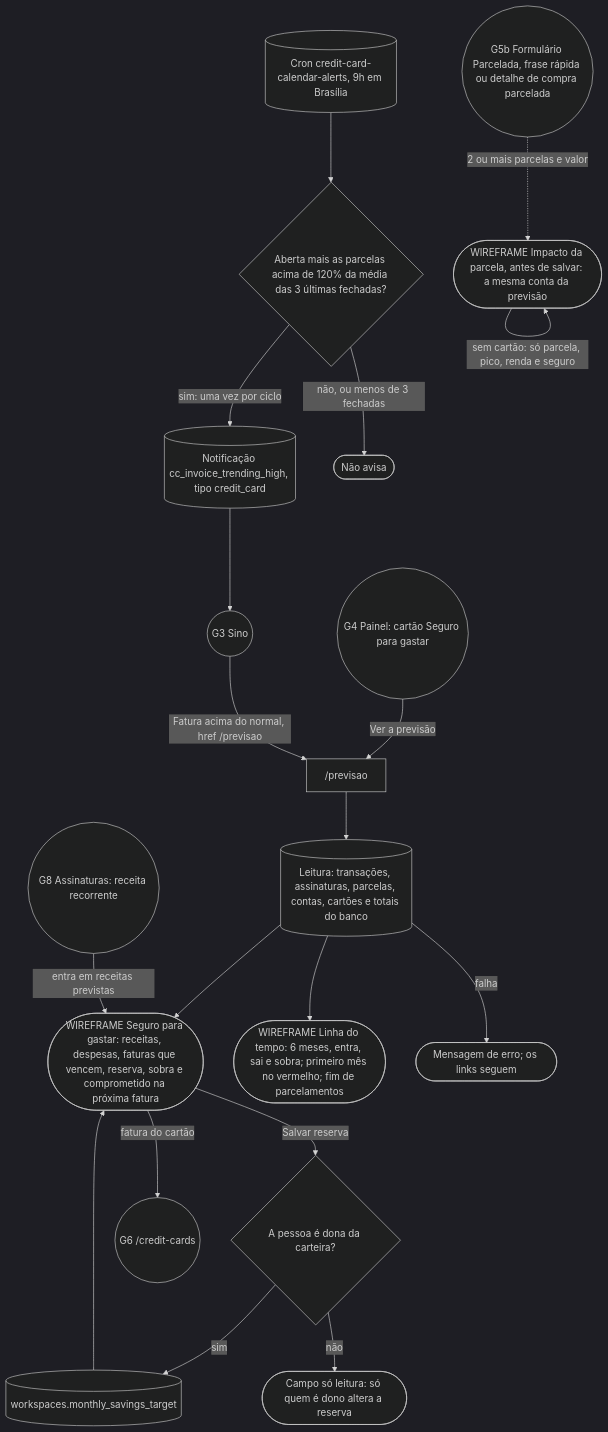
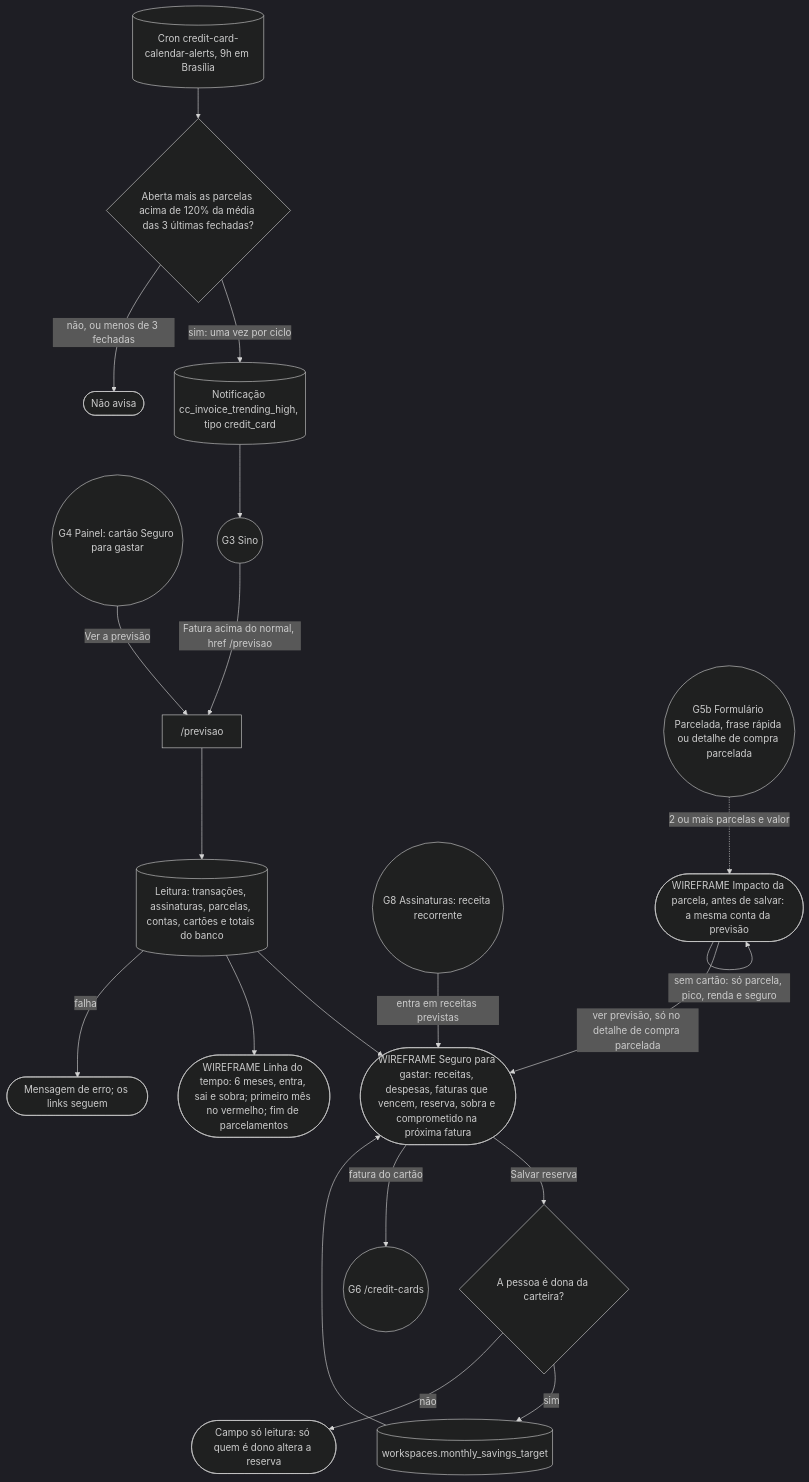
Before and after one commit to kauax2000/finance_app: diagram 20 of 32 in docs/JORNADAS.md, drawn with Mermaid. The commit also changed other lines of this file and 5 other files, not shown here.

````diff
--- a/docs/JORNADAS.md
+++ b/docs/JORNADAS.md
@@ -1581,23 +1582,24 @@
 ```mermaid
 %%{init: {"theme": "dark"}}%%
 flowchart TD
     dash(("G4 Painel: cartão Seguro para gastar")) -->|"Ver a previsão"| prev["/previsao"]
     bell(("G3 Sino")) -->|"Fatura acima do normal, href /previsao"| prev
     prev --> read[("Leitura: transações, assinaturas, parcelas, contas, cartões e totais do banco")]
     read --> detail(["WIREFRAME Seguro para gastar: receitas, despesas, faturas que vencem, reserva, sobra e comprometido na próxima fatura"])
     read --> linhaTempo(["WIREFRAME Linha do tempo: 6 meses, entra, sai e sobra; primeiro mês no vermelho; fim de parcelamentos"])
     read -->|"falha"| readErr(["Mensagem de erro; os links seguem"])
     detail -->|"Salvar reserva"| owner{"A pessoa é dona da carteira?"}
     owner -->|"sim"| saveReserve[("workspaces.monthly_savings_target")] --> detail
     owner -->|"não"| readOnly(["Campo só leitura: só quem é dono altera a reserva"])
     detail -->|"fatura do cartão"| G6(("G6 /credit-cards"))
 
     subs(("G8 Assinaturas: receita recorrente")) -->|"entra em receitas previstas"| detail
     form(("G5b Formulário Parcelada, frase rápida ou detalhe de compra parcelada")) -.->|"2 ou mais parcelas e valor"| impact(["WIREFRAME Impacto da parcela, antes de salvar: a mesma conta da previsão"])
     impact -->|"sem cartão: só parcela, pico, renda e seguro"| impact
+    impact -->|"ver previsão, só no detalhe de compra parcelada"| detail
 
     cron[("Cron credit-card-calendar-alerts, 9h em Brasília")] --> trend{"Aberta mais as parcelas acima de 120% da média das 3 últimas fechadas?"}
     trend -->|"sim: uma vez por ciclo"| alert[("Notificação cc_invoice_trending_high, tipo credit_card")]
     alert --> bell
     trend -->|"não, ou menos de 3 fechadas"| quiet(["Não avisa"])
 ```
````
